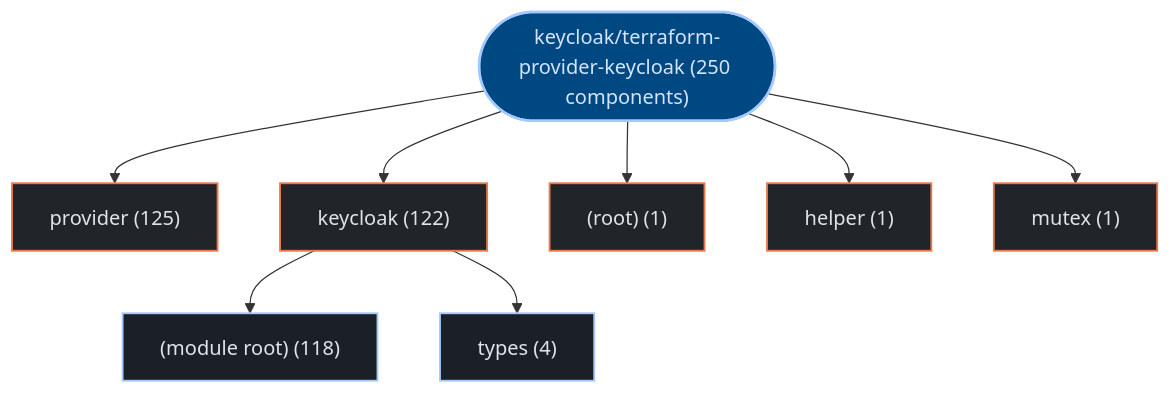
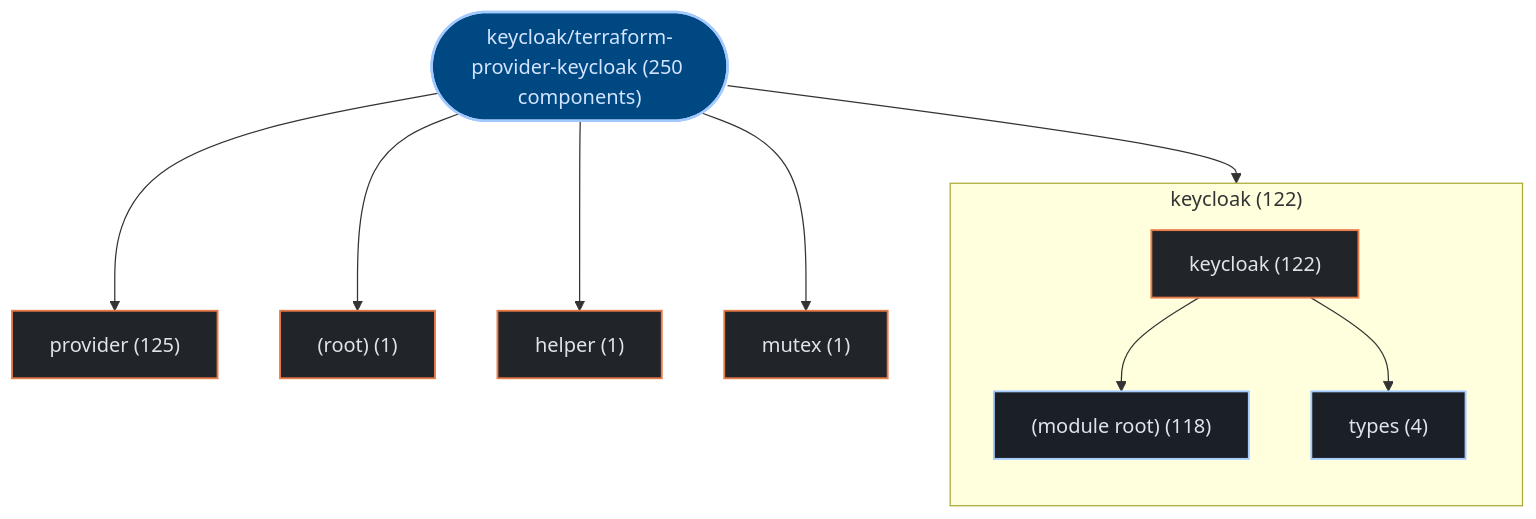
One commit to kumarshaz/atruss-code-atlas changed the first of 3 diagrams in exports/latest/reports/keycloak-terraform-provider-keycloak-report.md. Above: the diagram before and after it, drawn with Mermaid. The commit also changed 178 other files, not shown here.

Commit message:
feat(ui,mermaid): upgrade to mermaid v12 + ELK layout, add orgs-summary + pagination, subgraph building blocks, fix tab alignment

````diff
--- a/exports/latest/reports/keycloak-terraform-provider-keycloak-report.md
+++ b/exports/latest/reports/keycloak-terraform-provider-keycloak-report.md
@@ -42,25 +42,28 @@
 ```mermaid
 graph TD;
   classDef atlasRoot fill:#004882,stroke:#a3c9ff,stroke-width:2px,color:#d3e4ff
   classDef atlasCategory fill:#212428,stroke:#E87A48,stroke-width:1.5px,color:#dfe3eb
   classDef atlasWorkflow fill:#1b2026,stroke:#a3c9ff,stroke-width:1.5px,color:#dfe3eb
   classDef atlasJob fill:#171c22,stroke:#8d9199,stroke-width:1px,color:#dfe3eb
   classDef atlasTarget fill:#005227,stroke:#8bd99b,stroke-width:1.5px,color:#a7f6b6
   classDef atlasAlert fill:#93000a,stroke:#ffb4ab,stroke-width:1.5px,color:#ffdad6
   classDef atlasMore fill:#252a31,stroke:#8d9199,stroke-dasharray:4 4,color:#c3c6cf
     repo_root(["keycloak/terraform-provider-keycloak (250 components)"]):::atlasRoot
     dir_0_provider["provider (125)"]:::atlasCategory
     repo_root --> dir_0_provider
-    dir_1_keycloak["keycloak (122)"]:::atlasCategory
+    subgraph sg_dir_1_keycloak["keycloak (122)"]
+      direction TB
+      dir_1_keycloak["keycloak (122)"]:::atlasCategory
+      sub_1_0__module_root_["(module root) (118)"]:::atlasWorkflow
+      dir_1_keycloak --> sub_1_0__module_root_
+      sub_1_1_types["types (4)"]:::atlasWorkflow
+      dir_1_keycloak --> sub_1_1_types
+    end
     repo_root --> dir_1_keycloak
-    sub_1_0__module_root_["(module root) (118)"]:::atlasWorkflow
-    dir_1_keycloak --> sub_1_0__module_root_
-    sub_1_1_types["types (4)"]:::atlasWorkflow
-    dir_1_keycloak --> sub_1_1_types
     dir_2__root_["(root) (1)"]:::atlasCategory
     repo_root --> dir_2__root_
     dir_3_helper["helper (1)"]:::atlasCategory
     repo_root --> dir_3_helper
     dir_4_mutex["mutex (1)"]:::atlasCategory
     repo_root --> dir_4_mutex
 ```
````
